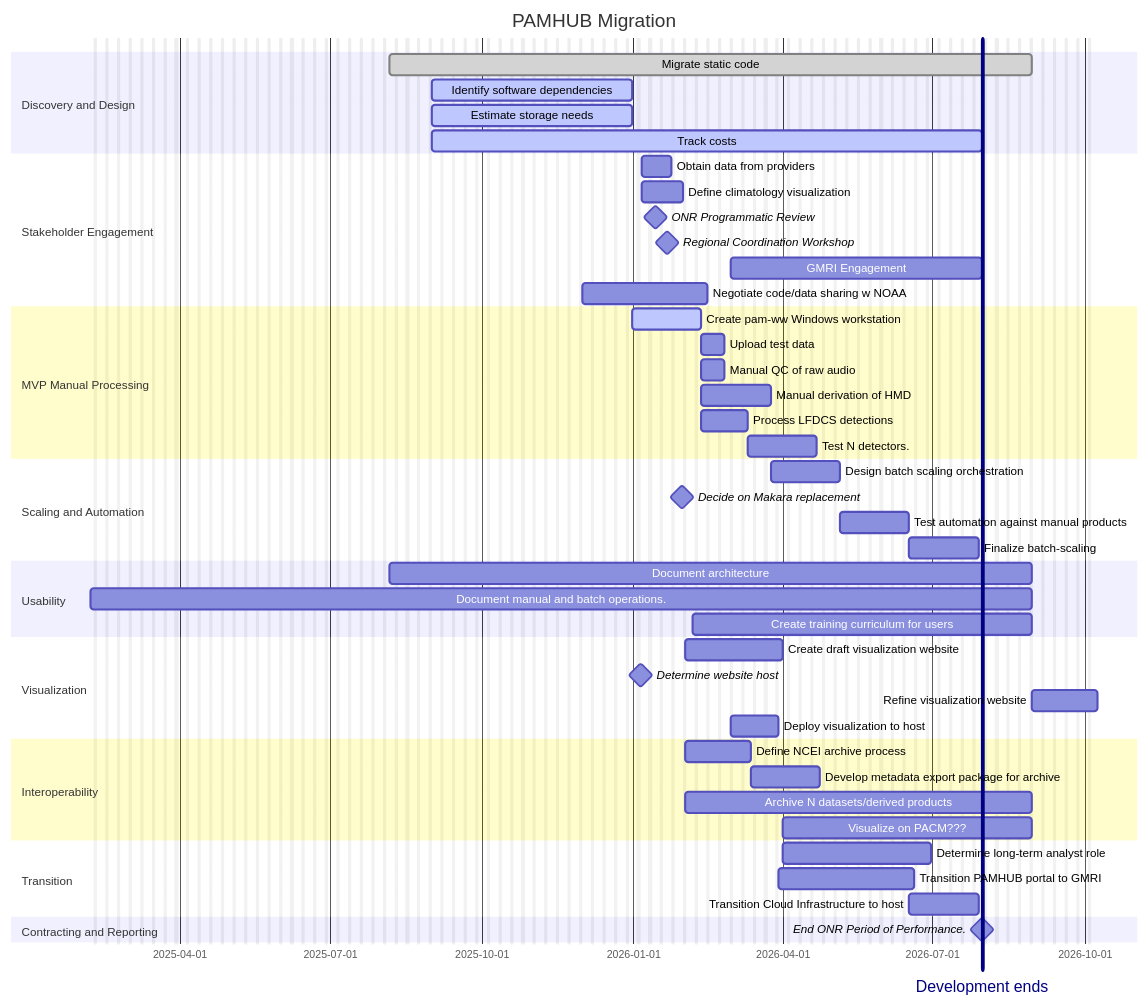
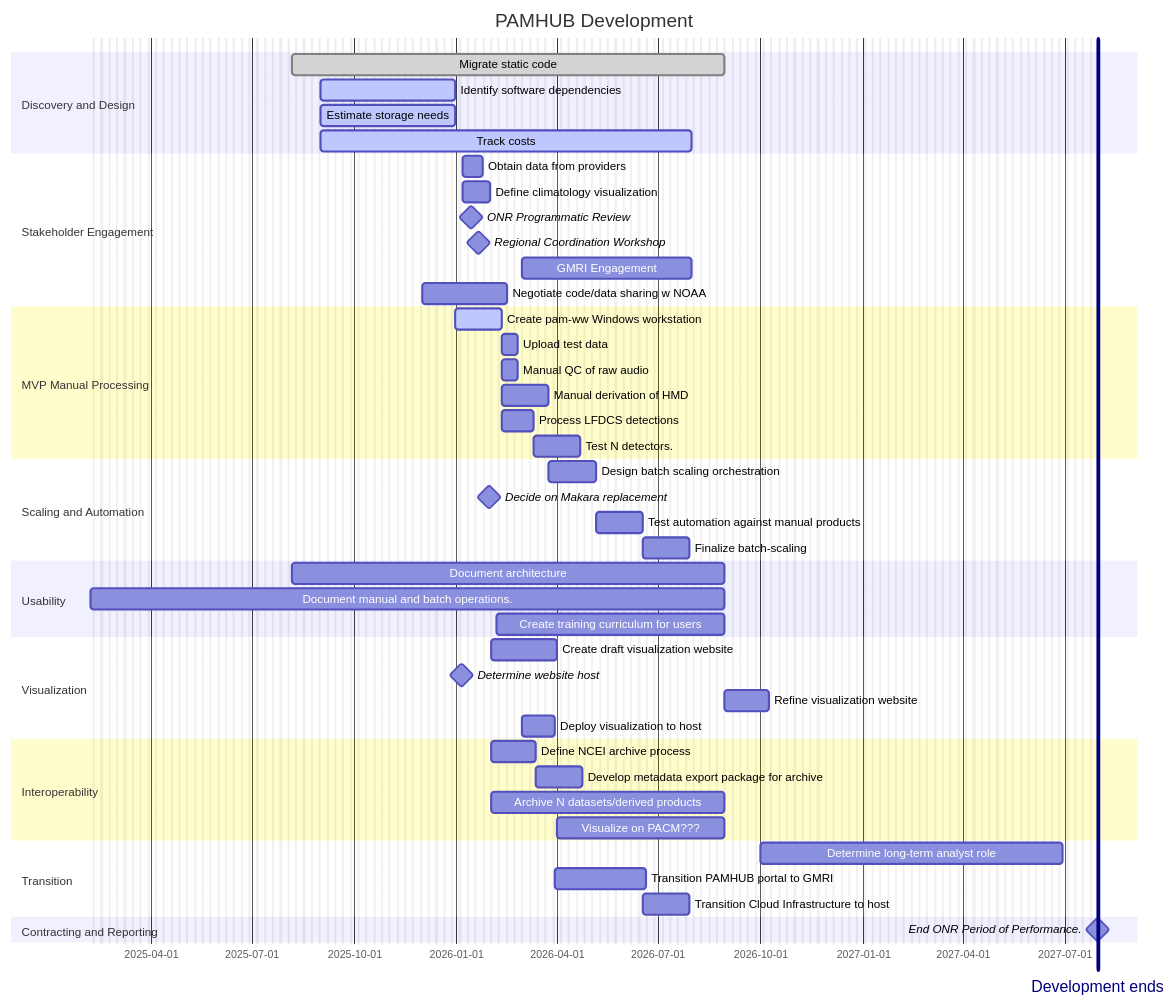
Before and after one commit to asascience-open/pam-cloud: the diagram in docs/roadmap.md, drawn with Mermaid. The commit also changed other lines of this file and 17 other files, not shown here.

Commit message:
Update UC and roadmap.md

````diff
--- a/docs/roadmap.md
+++ b/docs/roadmap.md
@@ -6,62 +6,62 @@
 ```mermaid
 gantt
     dateFormat  YYYY-MM-DD
-    title       PAMHUB Migration
+    title       PAMHUB Development
     excludes    weekends
     %% (`excludes` accepts specific dates in YYYY-MM-DD format, days of the week ("sunday") or "weekends", but not the word "weekdays".)
 
     section Discovery and Design
     Migrate static code                 :done,    dd1, 2025-08-06,2026-08-30
     Identify software dependencies      :active,  dd2, 2025-09-01, 2025-12-31
     Estimate storage needs              :active,  dd3, 2025-09-01, 2025-12-31
     Track costs                         :active,  cost, 2025-09-01, 2026-07-31
 
     section Stakeholder Engagement
     Obtain data from providers : se1, 2026-01-06,14d
     Define climatology visualization  : se4, 2026-01-06, 2026-01-31
     ONR Programmatic Review           :milestone, 2026-01-14, 0d
     Regional Coordination Workshop    : milestone, 2026-01-21, 0d
     GMRI Engagement           : se5, 2026-03-01, 2026-07-31
     Negotiate code/data sharing w NOAA  : se6, 2025-12-01, 2026-02-15
 
     section MVP Manual Processing
     Create pam-ww Windows workstation     :active, man1, after dd2, 30d
     Upload test data          : man2, after man1  , 10d
     Manual QC of raw audio    : man3, after man1  , 10d
     Manual derivation of HMD  : man6, after man1, 30d
     Process LFDCS detections  : man4, after man1, 20d
     Test N detectors.         : man5, after man4, 30d
 
     section Scaling and Automation
     Design batch scaling orchestration             :s1, after doc1, 30d
     Decide on Makara replacement      :milestone, 2026-01-30, 0d
     Test automation against manual products : s3, after s1, 30d
     Finalize batch-scaling    : s4, after s3, 30d
 
     section Usability
     Document architecture         : u1, 2025-08-06,2026-08-30
     Document manual and batch operations. : u2, 2025-02-06,2026-08-30
     Create training curriculum for users  : u3, 2026-02-06,2026-08-30
 
     section Visualization
     Create draft visualization website : v1, 2026-02-01, 2026-04-01
     Determine website host : milestone, m2, 2026-01-05, 0d
     Refine visualization website   : v2, after u3, 30d
     Deploy visualization to host      : v3, 2026-03-01, 2026-03-30
 
     section Interoperability
     Define NCEI archive process : i1, 2026-02-01, 30d
     Develop metadata export package for archive : i2, after i1, 30d
     Archive N datasets/derived products  : i3, 2026-02-01, 2026-08-30
     Visualize on PACM???   : 2026-04-01, 2026-08-30
 
     section Transition
-    Determine long-term analyst role  : t1, 2026-04-01, 2026-06-30
+    Determine long-term analyst role  : t1, 2026-10-01, 2027-06-30
     Transition PAMHUB portal to GMRI  : t2, after v3, 60d
     Transition Cloud Infrastructure to host : t3, after s3, 30d
 
     section Contracting and Reporting
-    End ONR Period of Performance.  : milestone, 2026-07-31,0d
-    Development ends : vert, 2026-07-31
+    End ONR Period of Performance.  : milestone, 2027-07-31,0d
+    Development ends : vert, 2027-06-01
 
 ```
````
